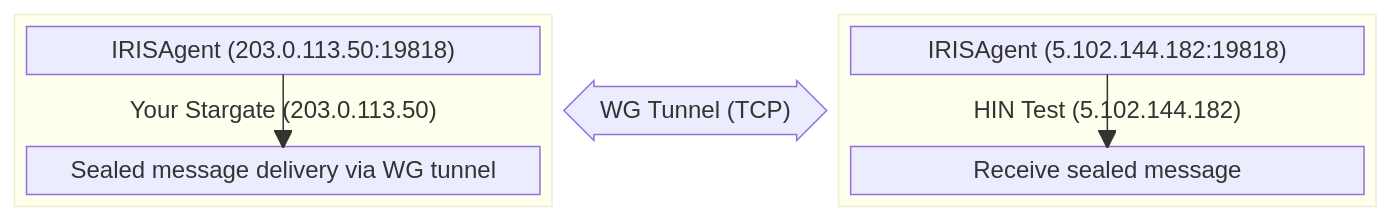
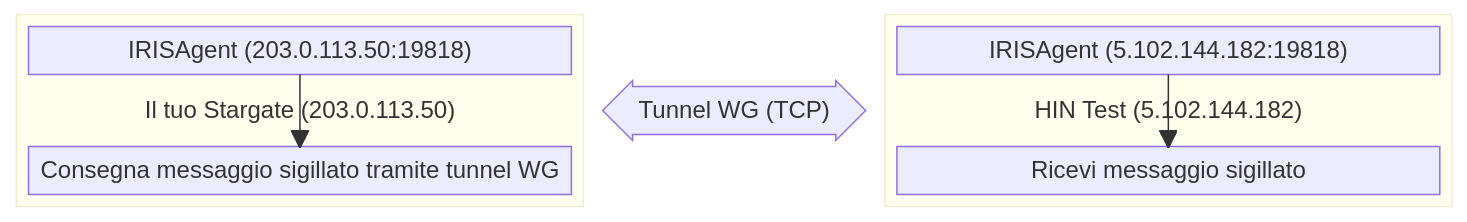
The first of 2 diagrams in docs/it/Docker-advanced.md (Health-Info-Net-AG/Stargate-deployment), drawn with Mermaid before and after one commit. The commit also changed other lines of this file and 16 other files, not shown here.

````diff
--- a/docs/it/Docker-advanced.md
+++ b/docs/it/Docker-advanced.md
@@ -501,23 +501,23 @@
 ```mermaid
 block
 columns 5
-  block:Stargate["Your Stargate (203.0.113.50)"]:2
+  block:Stargate["Il tuo Stargate (203.0.113.50)"]:2
     columns 1
     A
     space
     A --> B
     A["IRISAgent (203.0.113.50:19818)"]
-    B["Sealed message delivery via WG tunnel"]
+    B["Consegna messaggio sigillato tramite tunnel WG"]
   end
 
-  blockArrowId1<["WG Tunnel (TCP)"]>(x):1
+  blockArrowId1<["Tunnel WG (TCP)"]>(x):1
 
   block:mxengine["HIN Test (5.102.144.182)"]:2
     columns 1
     C
     space
     C --> D
     C["IRISAgent (5.102.144.182:19818)"]
-    D["Receive sealed message"]
+    D["Ricevi messaggio sigillato"]
   end
 ```
````
